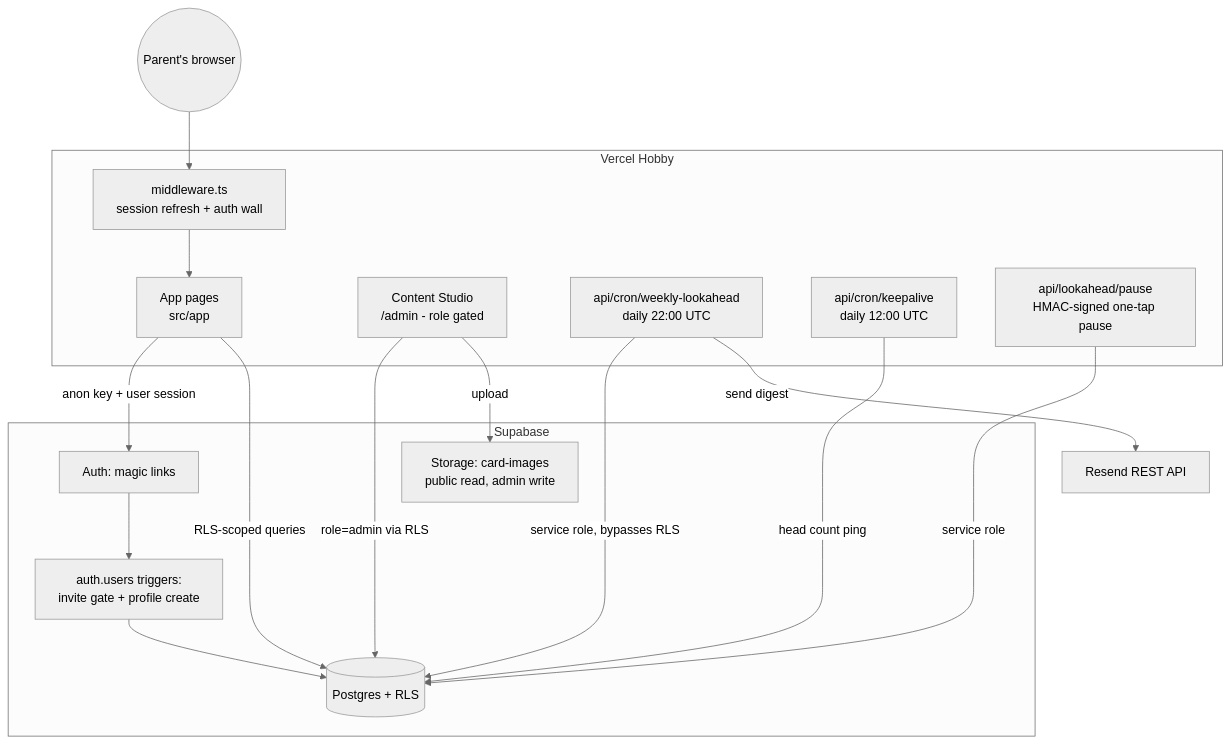
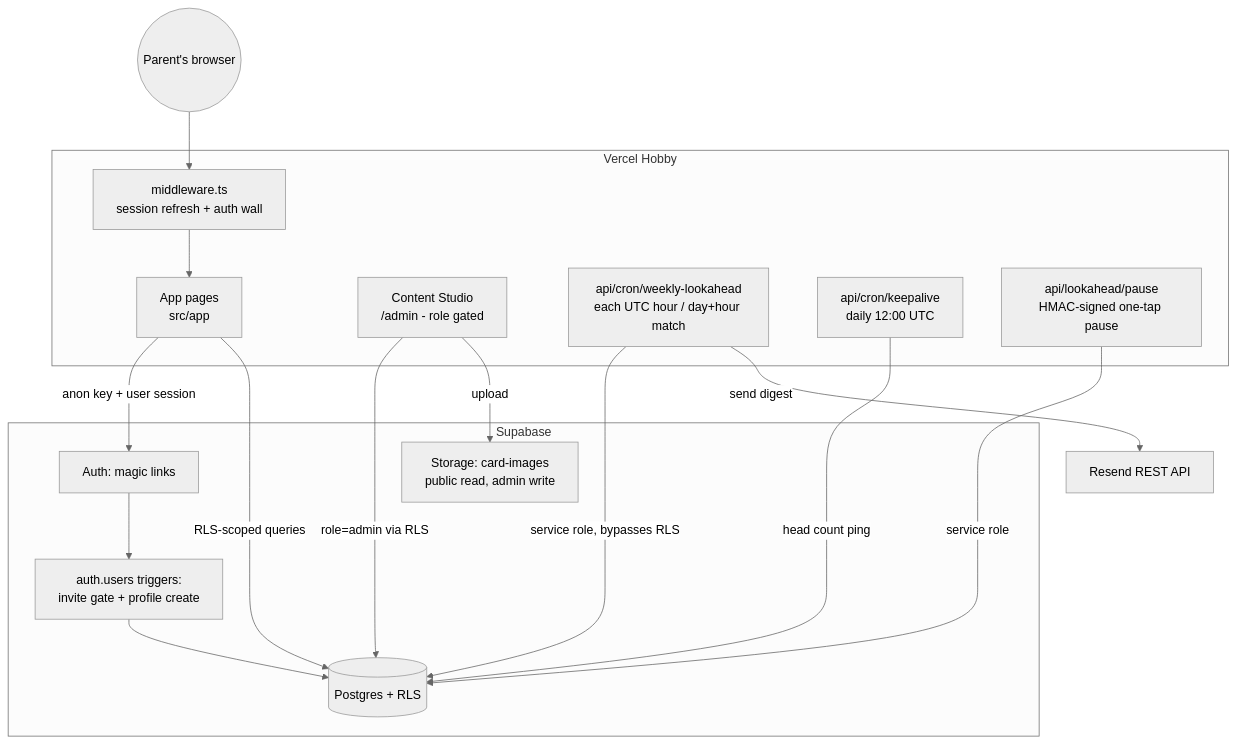
The first of 6 diagrams in docs/how-it-works.md (jacobashhurst-commits/wish-i-knew), drawn with Mermaid (neutral theme) before and after one commit. The commit also changed other lines of this file and 5 other files, not shown here.

First line of the commit message:
Honor preferred lookahead hour with hourly Hobby-safe cron slots.

````diff
--- a/docs/how-it-works.md
+++ b/docs/how-it-works.md
@@ -11,31 +11,31 @@
 ```mermaid
 flowchart TB
   subgraph vercel [Vercel Hobby]
     MW[middleware.ts<br/>session refresh + auth wall]
     App[App pages<br/>src/app]
     AdminUI[Content Studio<br/>/admin - role gated]
-    CronLA[api/cron/weekly-lookahead<br/>daily 22:00 UTC]
+    CronLA[api/cron/weekly-lookahead<br/>each UTC hour / day+hour match]
     CronKA[api/cron/keepalive<br/>daily 12:00 UTC]
     Pause[api/lookahead/pause<br/>HMAC-signed one-tap pause]
   end
 
   subgraph supabase [Supabase]
     Auth[Auth: magic links]
     DB[(Postgres + RLS)]
     Trigger[auth.users triggers:<br/>invite gate + profile create]
     Storage[Storage: card-images<br/>public read, admin write]
   end
 
   Resend[Resend REST API]
 
   Browser((Parent's browser)) --> MW --> App
   App -- anon key + user session --> Auth
   App -- RLS-scoped queries --> DB
   AdminUI -- role=admin via RLS --> DB
   AdminUI -- upload --> Storage
   Auth --> Trigger --> DB
   CronLA -- service role, bypasses RLS --> DB
   CronLA -- send digest --> Resend
   CronKA -- head count ping --> DB
   Pause -- service role --> DB
 ```
````
